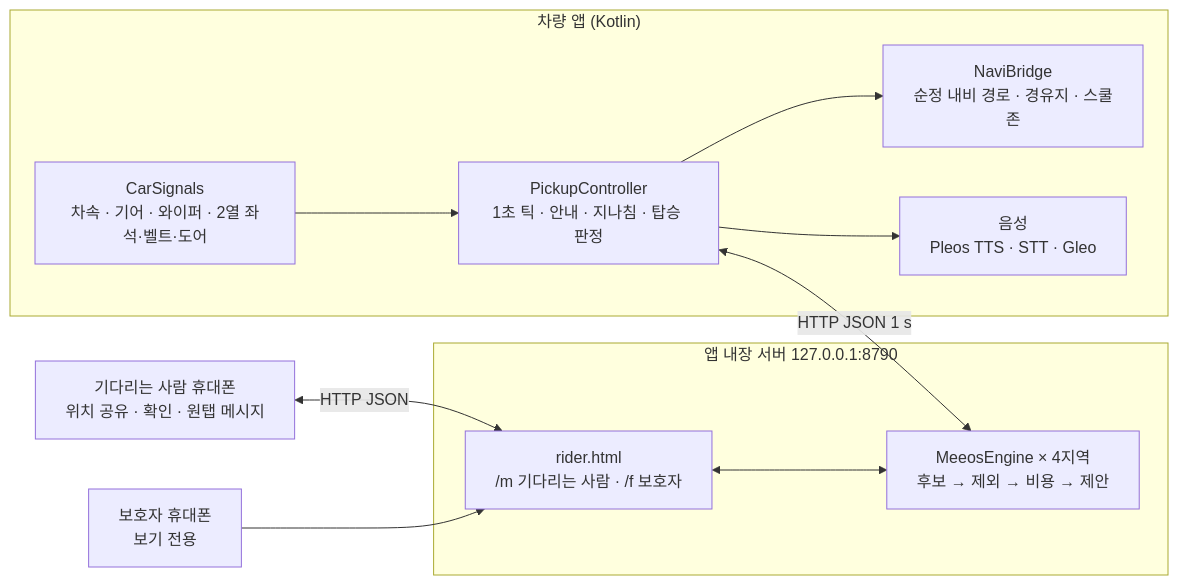
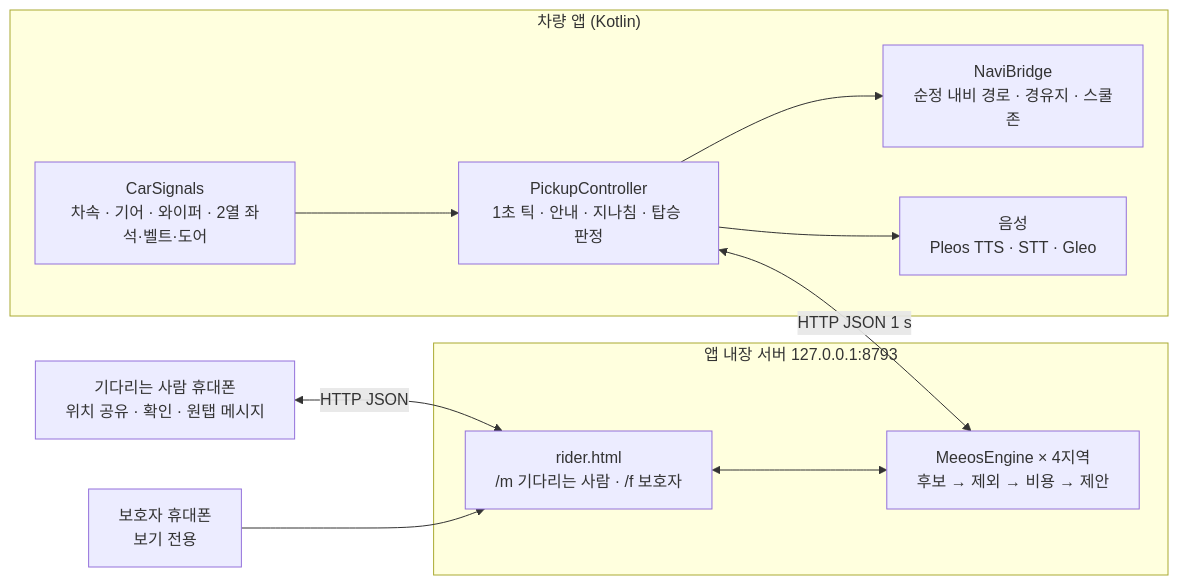
Before and after one commit to meeos-lab/tago-pickup: the first of 2 diagrams in README.md, drawn with Mermaid. The commit also changed other lines of this file and 15 other files, not shown here.

````diff
--- a/README.md
+++ b/README.md
@@ -93,22 +93,22 @@
 ```mermaid
 flowchart LR
   subgraph CAR["차량 앱 (Kotlin)"]
     PC["PickupController<br/>1초 틱 · 안내 · 지나침 · 탑승 판정"]
     SIG["CarSignals<br/>차속 · 기어 · 와이퍼 · 2열 좌석·벨트·도어"]
     NAVI["NaviBridge<br/>순정 내비 경로 · 경유지 · 스쿨존"]
     VOICE["음성<br/>Pleos TTS · STT · Gleo"]
   end
-  subgraph ENG["앱 내장 서버 127.0.0.1:8790"]
+  subgraph ENG["앱 내장 서버 127.0.0.1:8793"]
     ME["MeeosEngine × 4지역<br/>후보 → 제외 → 비용 → 제안"]
     WEB["rider.html<br/>/m 기다리는 사람 · /f 보호자"]
   end
   PHONE["기다리는 사람 휴대폰<br/>위치 공유 · 확인 · 원탭 메시지"]
   FAM["보호자 휴대폰<br/>보기 전용"]
   SIG --> PC
   PC <-->|"HTTP JSON 1 s"| ME
   PC --> NAVI
   PC --> VOICE
   PHONE <-->|"HTTP JSON"| WEB
   FAM --> WEB
   WEB <--> ME
 ```
````
